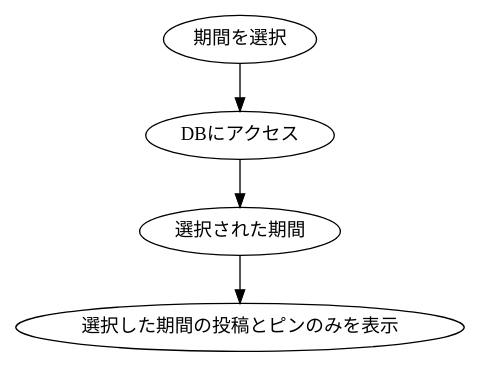
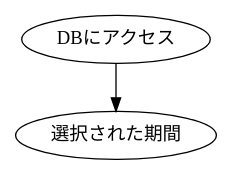
One commit to KUT-Group12/internal_design changed the diagram in dot/marudemaru/DateSearch.dot. Above: the diagram before and after it, drawn with Graphviz. The commit also changed 233 other files, not shown here.

```diff
--- a/dot/marudemaru/DateSearch.dot
+++ b/dot/marudemaru/DateSearch.dot
@@ -1,12 +1,8 @@
 digraph G {
     #include "style.doth"
 
-    serect[label = "期間を選択"]
     db[label = "DBにアクセス"]
     get[label = "選択された期間"]
-    output[label = "選択した期間の投稿とピンのみを表示"]
 
-    serect -> db
     db -> get
-    get -> output
 }
```
